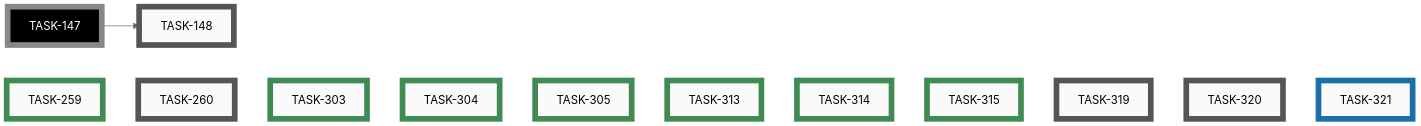
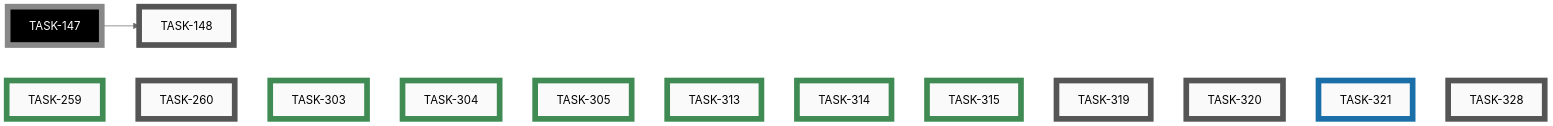
The eighth of 8 diagrams in docs/developers/tasks/EPICS.md (tgd1975/AwesomeStudioPedal), drawn with Mermaid (neutral theme) before and after one commit. The commit also changed other lines of this file and 5 other files, not shown here.

````diff
--- a/docs/developers/tasks/EPICS.md
+++ b/docs/developers/tasks/EPICS.md
@@ -288,38 +288,40 @@
 ```mermaid
 graph LR
     TASK_148["TASK-148"]:::open
     TASK_260["TASK-260"]:::open
     TASK_319["TASK-319"]:::open
     TASK_320["TASK-320"]:::open
+    TASK_328["TASK-328"]:::open
     TASK_321["TASK-321"]:::active
     TASK_259["TASK-259"]:::closed
     TASK_303["TASK-303"]:::closed
     TASK_304["TASK-304"]:::closed
     TASK_305["TASK-305"]:::closed
     TASK_313["TASK-313"]:::closed
     TASK_314["TASK-314"]:::closed
     TASK_315["TASK-315"]:::closed
     TASK_147["TASK-147"]:::openExt
     TASK_147 --> TASK_148
-    TASK_259 ~~~ TASK_260 ~~~ TASK_303 ~~~ TASK_304 ~~~ TASK_305 ~~~ TASK_313 ~~~ TASK_314 ~~~ TASK_315 ~~~ TASK_319 ~~~ TASK_320 ~~~ TASK_321
+    TASK_259 ~~~ TASK_260 ~~~ TASK_303 ~~~ TASK_304 ~~~ TASK_305 ~~~ TASK_313 ~~~ TASK_314 ~~~ TASK_315 ~~~ TASK_319 ~~~ TASK_320 ~~~ TASK_321 ~~~ TASK_328
     click TASK_148 "open/task-148-reorganise-developer-documentation.md"
     click TASK_260 "open/task-260-unify-version-numbers-across-deliverables.md"
     click TASK_319 "open/task-319-remove-wireviz-precommit-block.md"
     click TASK_320 "open/task-320-remove-ble-flag-precommit-check.md"
+    click TASK_328 "open/task-328-prevent-parallel-housekeep-execution.md"
     click TASK_321 "active/task-321-fix-ci-failures-mermaid-clang-tidy.md"
     click TASK_259 "closed/task-259-android-app-test-protocol.md"
     click TASK_303 "closed/task-303-simulator-boots-with-demo-loaded.md"
     click TASK_304 "closed/task-304-simulator-button-no-hover-reaction.md"
     click TASK_305 "closed/task-305-add-category-field-to-ideas.md"
     click TASK_313 "closed/task-313-emoji-icons-for-idea-categories.md"
     click TASK_314 "closed/task-314-nbsp-between-icon-and-category.md"
     click TASK_315 "closed/task-315-idea-sub-file-naming-convention.md"
     classDef open    fill:#FAFAFA,stroke:#555,stroke-width:8px,color:#000
     classDef active  fill:#FAFAFA,stroke:#1A6FA8,stroke-width:8px,color:#000
     classDef closed  fill:#FAFAFA,stroke:#3F8B53,stroke-width:8px,color:#000
     classDef paused  fill:#FAFAFA,stroke:#B07810,stroke-width:8px,color:#000
     classDef openExt    fill:#000,stroke:#888,stroke-width:8px,color:#FFF
     classDef activeExt  fill:#000,stroke:#3FA9F5,stroke-width:8px,color:#FFF
     classDef closedExt  fill:#000,stroke:#7CC68A,stroke-width:8px,color:#FFF
     classDef pausedExt  fill:#000,stroke:#F0B030,stroke-width:8px,color:#FFF
 ```
````
